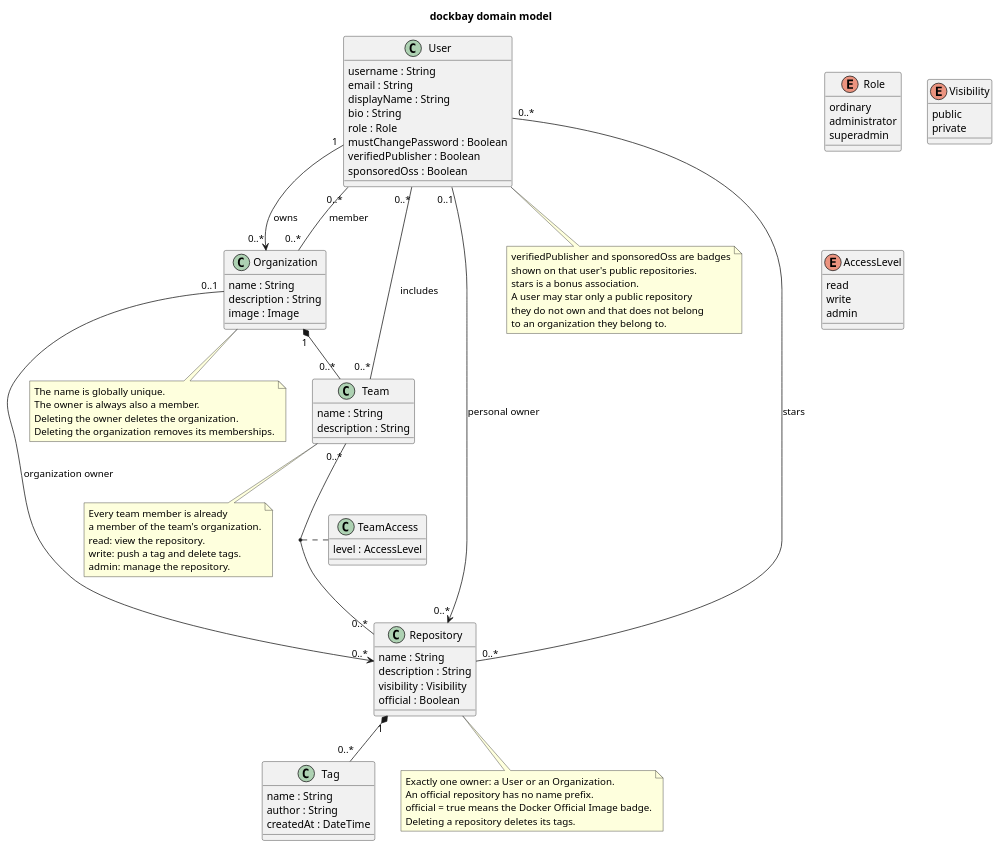
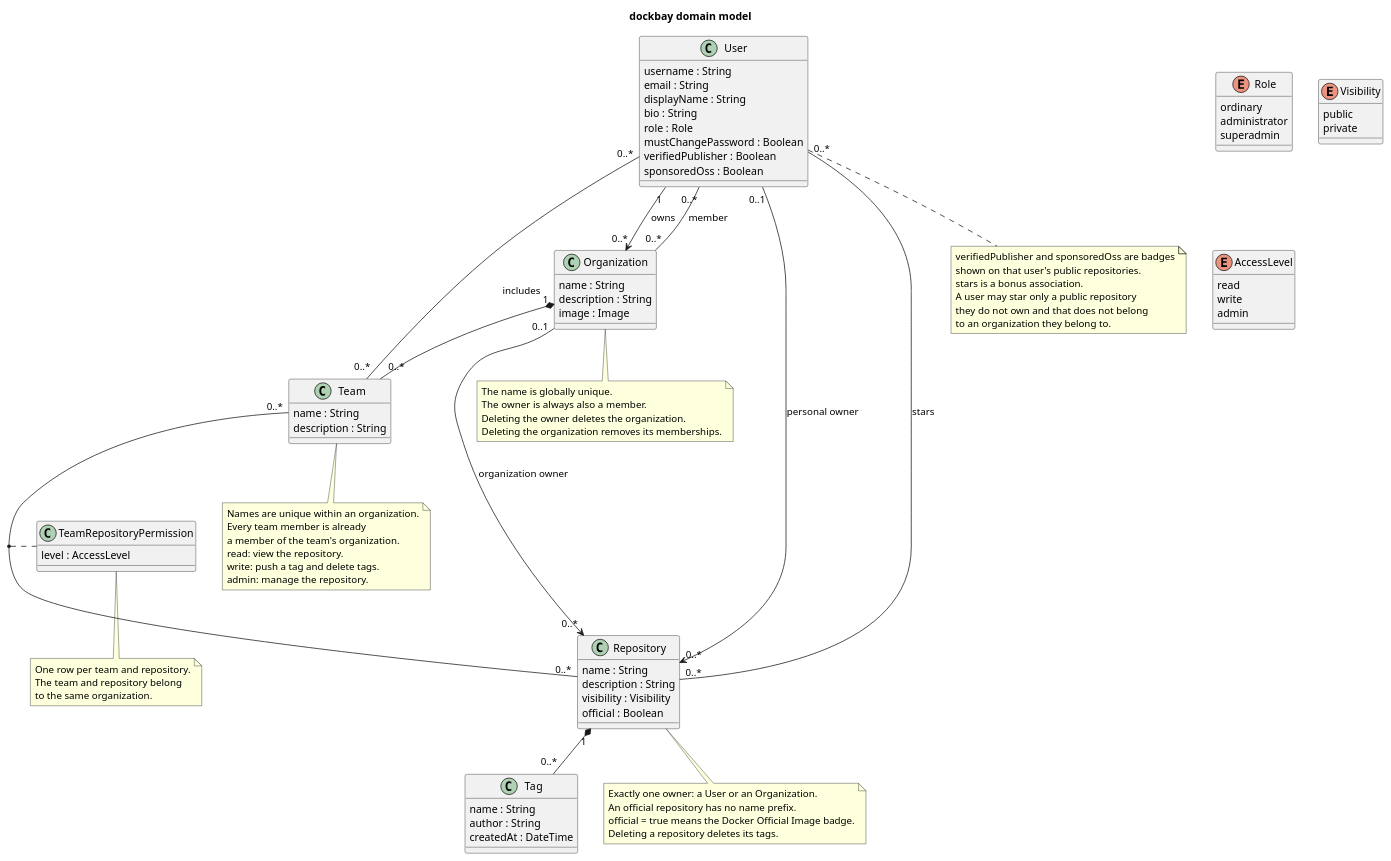
The diagram in docs/domain-model.puml (ddhoodie/dockbay), drawn with PlantUML before and after one commit. The commit also changed 11 other files, not shown here.

```diff
--- a/docs/domain-model.puml
+++ b/docs/domain-model.puml
@@ -1,108 +1,115 @@
 @startuml dockbay-domain
 skinparam classAttributeIconSize 0
 title dockbay domain model
 
 enum Role {
   ordinary
   administrator
   superadmin
 }
 
 enum Visibility {
   public
   private
 }
 
 enum AccessLevel {
   read
   write
   admin
 }
 
 class User {
   username : String
   email : String
   displayName : String
   bio : String
   role : Role
   mustChangePassword : Boolean
   verifiedPublisher : Boolean
   sponsoredOss : Boolean
 }
 
 class Organization {
   name : String
   description : String
   image : Image
 }
 
 class Team {
   name : String
   description : String
 }
 
-class TeamAccess {
+class TeamRepositoryPermission {
   level : AccessLevel
 }
 
 class Repository {
   name : String
   description : String
   visibility : Visibility
   official : Boolean
 }
 
 class Tag {
   name : String
   author : String
   createdAt : DateTime
 }
 
 User "1" --> "0..*" Organization : owns
 User "0..*" -- "0..*" Organization : member
 
 note bottom of Organization
   The name is globally unique.
   The owner is always also a member.
   Deleting the owner deletes the organization.
   Deleting the organization removes its memberships.
 end note
 
 Organization "1" *-- "0..*" Team
 Team "0..*" -- "0..*" User : includes
 
 User "0..1" --> "0..*" Repository : personal owner
 Organization "0..1" --> "0..*" Repository : organization owner
 
 Repository "1" *-- "0..*" Tag
 
 Team "0..*" -- "0..*" Repository
-(Team, Repository) .. TeamAccess
+(Team, Repository) .. TeamRepositoryPermission
 
 User "0..*" -- "0..*" Repository : stars
 
 note bottom of Repository
   Exactly one owner: a User or an Organization.
   An official repository has no name prefix.
   official = true means the Docker Official Image badge.
   Deleting a repository deletes its tags.
 end note
 
 note bottom of User
   verifiedPublisher and sponsoredOss are badges
   shown on that user's public repositories.
   stars is a bonus association.
   A user may star only a public repository
   they do not own and that does not belong
   to an organization they belong to.
 end note
 
 note bottom of Team
+  Names are unique within an organization.
   Every team member is already
   a member of the team's organization.
   read: view the repository.
   write: push a tag and delete tags.
   admin: manage the repository.
 end note
 
+note bottom of TeamRepositoryPermission
+  One row per team and repository.
+  The team and repository belong
+  to the same organization.
+end note
+
 @enduml
```
